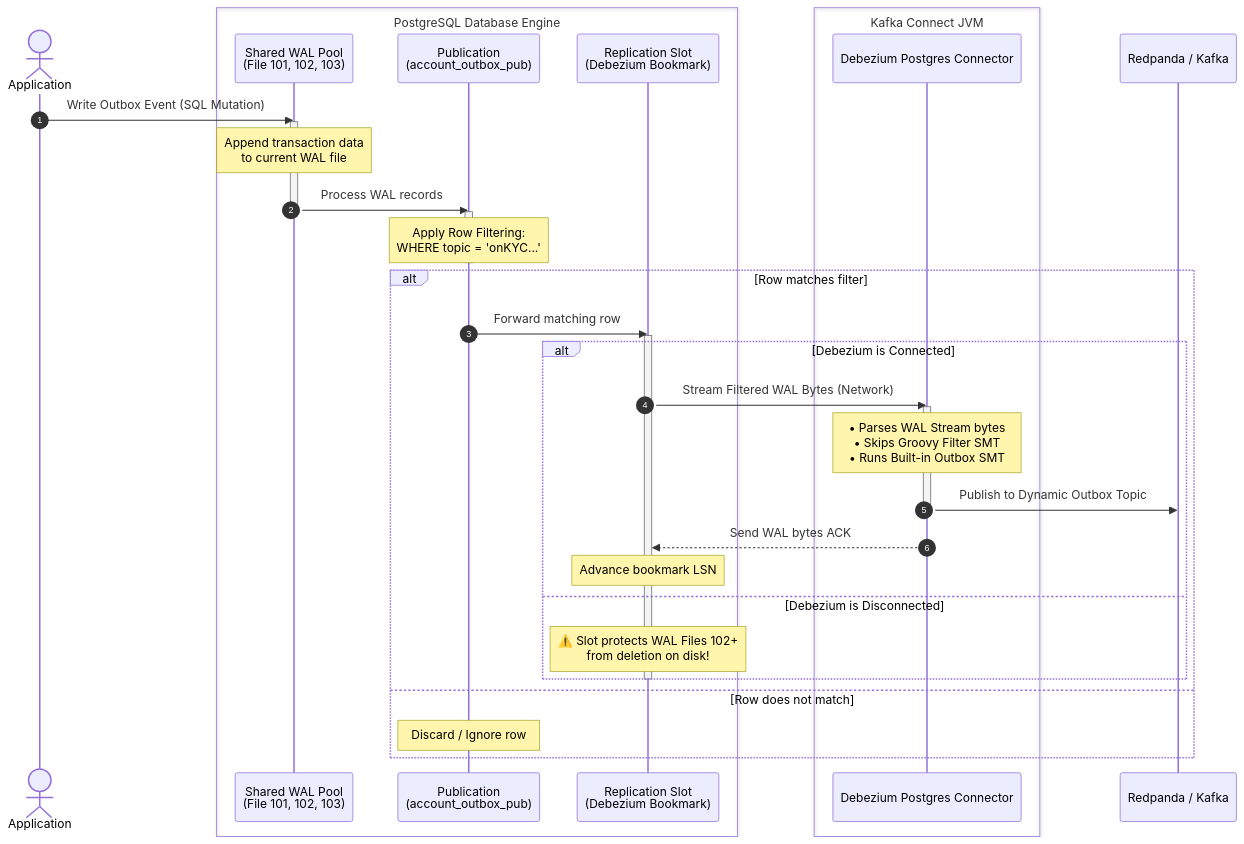
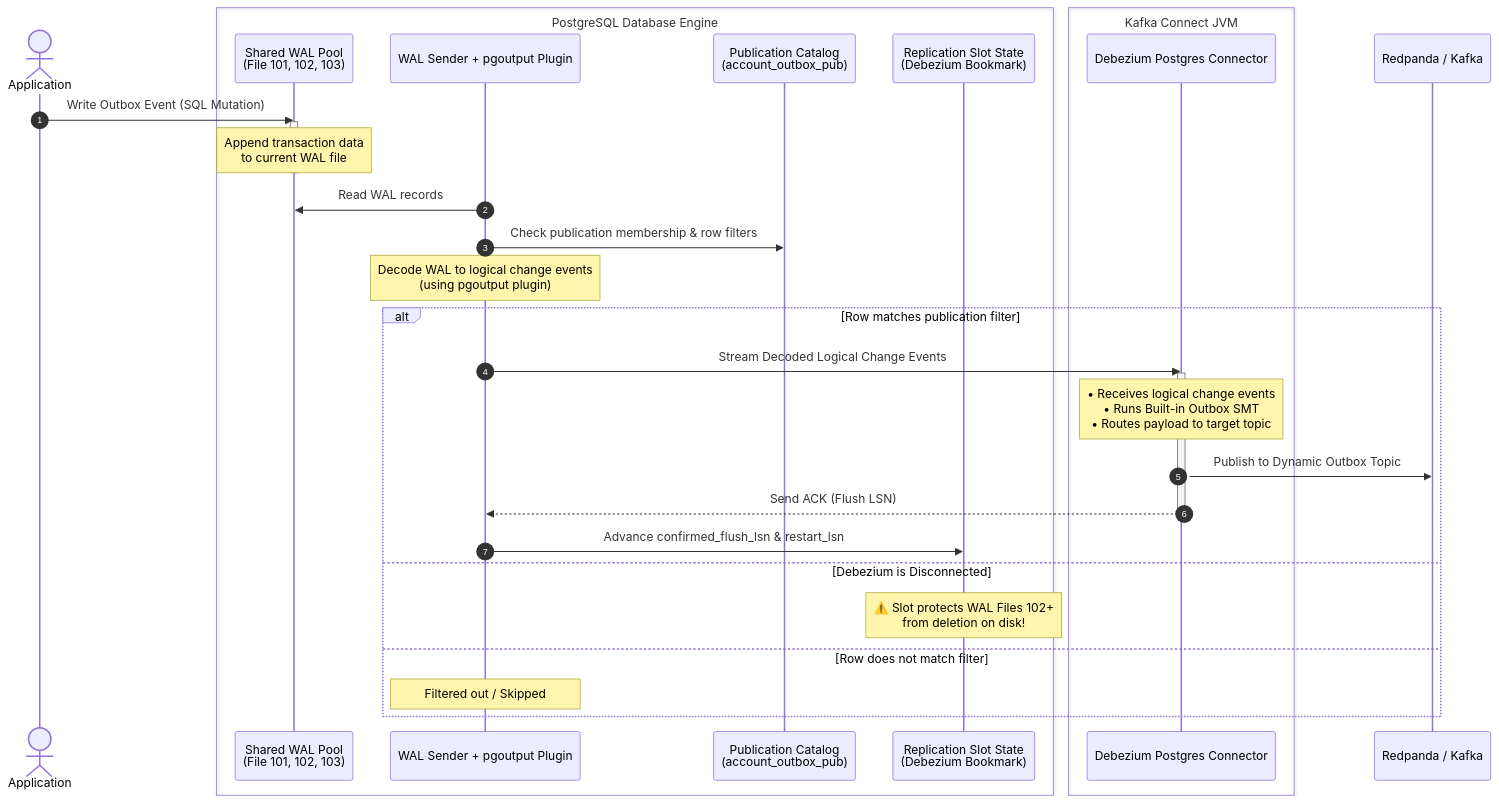
One commit to LyzanderAndrylie/note changed the diagram in software-engineer/concept/postgres/logical_replication.md. Above: the diagram before and after it, drawn with Mermaid. The commit also changed other lines of this file, not shown here.

Commit message:
fix: postgresql logical replication docs accuracy

````diff
--- a/software-engineer/concept/postgres/logical_replication.md
+++ b/software-engineer/concept/postgres/logical_replication.md
@@ -21,49 +21,43 @@
 ```mermaid
 sequenceDiagram
     autonumber
     actor App as Application
 
     box PostgreSQL Database Engine
         participant WAL as Shared WAL Pool<br/>(File 101, 102, 103)
-        participant Pub as Publication<br/>(account_outbox_pub)
-        participant Slot as Replication Slot<br/>(Debezium Bookmark)
+        participant WS as WAL Sender + pgoutput Plugin
+        participant Pub as Publication Catalog<br/>(account_outbox_pub)
+        participant Slot as Replication Slot State<br/>(Debezium Bookmark)
     end
 
     box Kafka Connect JVM
         participant Deb as Debezium Postgres Connector
     end
 
     participant Kafka as Redpanda / Kafka
 
     App->>WAL: Write Outbox Event (SQL Mutation)
     activate WAL
     Note over WAL: Append transaction data<br/>to current WAL file
-    WAL->>Pub: Process WAL records
     deactivate WAL
-    activate Pub
-    Note over Pub: Apply Row Filtering:<br/>WHERE topic = 'onKYC...'
-    deactivate Pub
 
-    alt Row matches filter
-        Pub->>Slot: Forward matching row
-        activate Slot
+    WS->>WAL: Read WAL records
+    WS->>Pub: Check publication membership & row filters
+    Note over WS: Decode WAL to logical change events<br/>(using pgoutput plugin)
 
-        alt Debezium is Connected
-            Slot->>Deb: Stream Filtered WAL Bytes (Network)
-            activate Deb
+    alt Row matches publication filter
+        WS->>Deb: Stream Decoded Logical Change Events
+        activate Deb
 
-            Note over Deb: • Parses WAL Stream bytes<br/>• Skips Groovy Filter SMT<br/>• Runs Built-in Outbox SMT
+        Note over Deb: • Receives logical change events<br/>• Runs Built-in Outbox SMT<br/>• Routes payload to target topic
 
-            Deb->>Kafka: Publish to Dynamic Outbox Topic
-            deactivate Deb
-
-            Deb-->>Slot: Send WAL bytes ACK
-            Note over Slot: Advance bookmark LSN
-        else Debezium is Disconnected
-            Note over Slot: ⚠️ Slot protects WAL Files 102+<br/>from deletion on disk!
-        end
-        deactivate Slot
-    else Row does not match
-        Note over Pub: Discard / Ignore row
+        Deb->>Kafka: Publish to Dynamic Outbox Topic
+        Deb-->>WS: Send ACK (Flush LSN)
+        deactivate Deb
+        WS->>Slot: Advance confirmed_flush_lsn & restart_lsn
+    else Debezium is Disconnected
+        Note over Slot: ⚠️ Slot protects WAL Files 102+<br/>from deletion on disk!
+    else Row does not match filter
+        Note over WS: Filtered out / Skipped
     end
 ```
````
